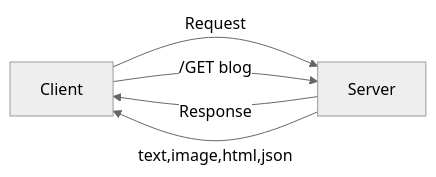
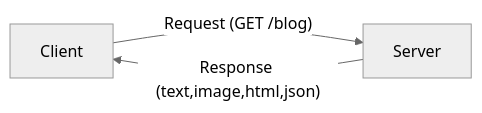
One commit to oreximus/learnings changed the diagram in InformationTechnology/WebDevelopment/nodejs.md. Above: the diagram before and after it, drawn with Mermaid (neutral theme).

Commit message:
[nb] Edit: InformationTechnology/WebDevelopment/nodejs.md

````diff
--- a/InformationTechnology/WebDevelopment/nodejs.md
+++ b/InformationTechnology/WebDevelopment/nodejs.md
@@ -490,7 +490,5 @@
 ```mermaid
     flowchart LR
-        Client -->|Request| Server
-        Server -->|Response| Client
-        Client -->|"/GET blog"| Server
-        Server -->|"text,image,html,json"| Client
+        Client -->|"Request (GET /blog)"| Server
+        Server -->|"Response (text,image,html,json)"| Client
 ```
````
